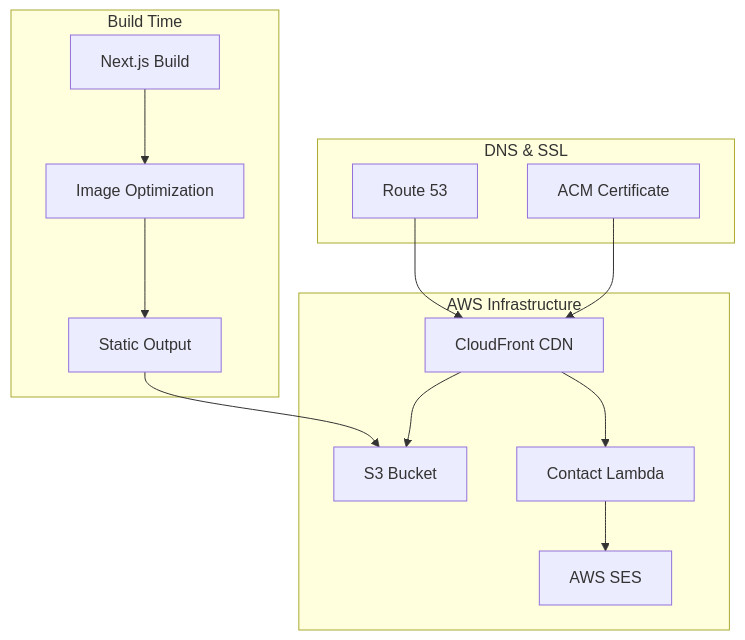
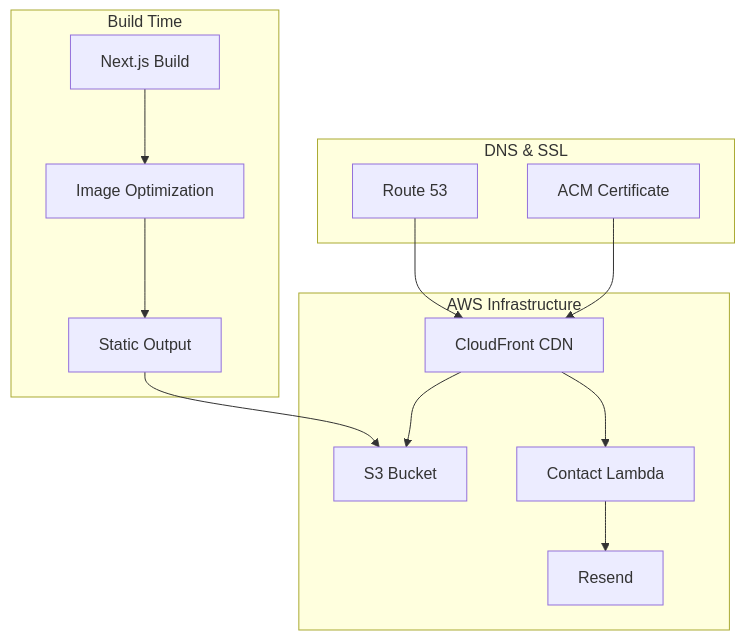
The first of 2 diagrams in docs/architecture/README.md (BjornMelin/bjornmelin-platform-io), drawn with Mermaid before and after one commit. The commit also changed other lines of this file and 87 other files, not shown here.

````diff
--- a/docs/architecture/README.md
+++ b/docs/architecture/README.md
@@ -14,27 +14,27 @@
 ```mermaid
 graph TB
     subgraph "Build Time"
         NEXT[Next.js Build]
         IMAGES[Image Optimization]
         NEXT --> IMAGES
         IMAGES --> OUT[Static Output]
     end
 
     subgraph "AWS Infrastructure"
         S3[S3 Bucket]
         CF[CloudFront CDN]
         LAMBDA[Contact Lambda]
-        SES[AWS SES]
+        RESEND[Resend]
         OUT --> S3
         CF --> S3
         CF --> LAMBDA
-        LAMBDA --> SES
+        LAMBDA --> RESEND
     end
 
     subgraph "DNS & SSL"
         R53[Route 53]
         ACM[ACM Certificate]
         R53 --> CF
         ACM --> CF
     end
 ```
````
